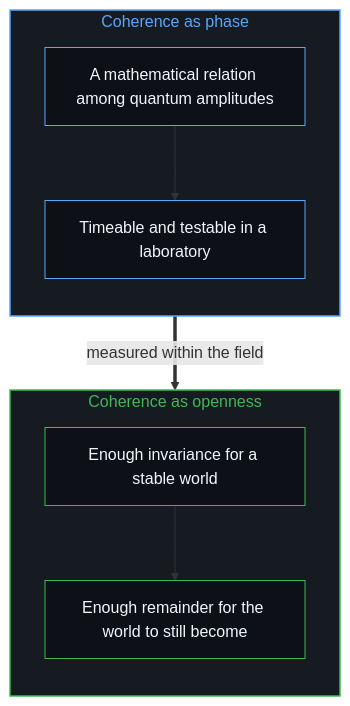
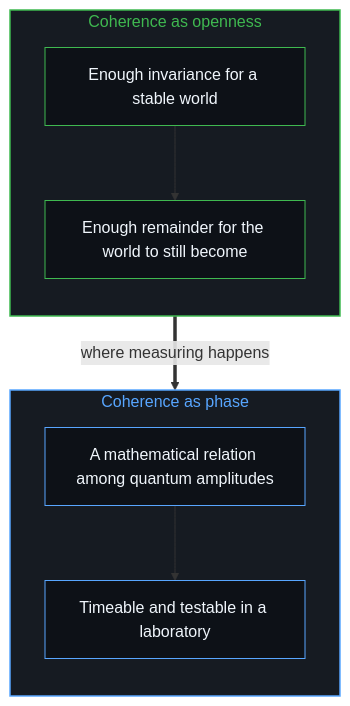
Before and after one commit to powerpig99/not-a-toe: the second of 2 diagrams in content/posts/the-other-coherence.md, drawn with Mermaid. The commit also changed other lines of this file and 1 other file, not shown here.

````diff
--- a/content/posts/the-other-coherence.md
+++ b/content/posts/the-other-coherence.md
@@ -76,22 +76,22 @@
 ```mermaid
 flowchart TD
     subgraph S_Phase["Coherence as phase"]
         direction TB
         P1["A mathematical relation among quantum amplitudes"]
         P2["Timeable and testable in a laboratory"]
     end
     subgraph S_Open["Coherence as openness"]
         direction TB
         O1["Enough invariance for a stable world"]
         O2["Enough remainder for the world to still become"]
     end
     P1 --> P2
     O1 --> O2
-    P2 ==>|"measured within the field"| O1
+    O1 ==>|"where measuring happens"| P2
     style S_Phase fill:#161b22,stroke:#58a6ff,stroke-width:1.5px,color:#58a6ff
     style S_Open fill:#161b22,stroke:#3fb950,stroke-width:1.5px,color:#3fb950
     style P1 fill:#0d1117,stroke:#58a6ff,stroke-width:1px,color:#f0f6fc
     style P2 fill:#0d1117,stroke:#58a6ff,stroke-width:1px,color:#f0f6fc
     style O1 fill:#0d1117,stroke:#3fb950,stroke-width:1px,color:#f0f6fc
     style O2 fill:#0d1117,stroke:#3fb950,stroke-width:1px,color:#f0f6fc
 ```
````
